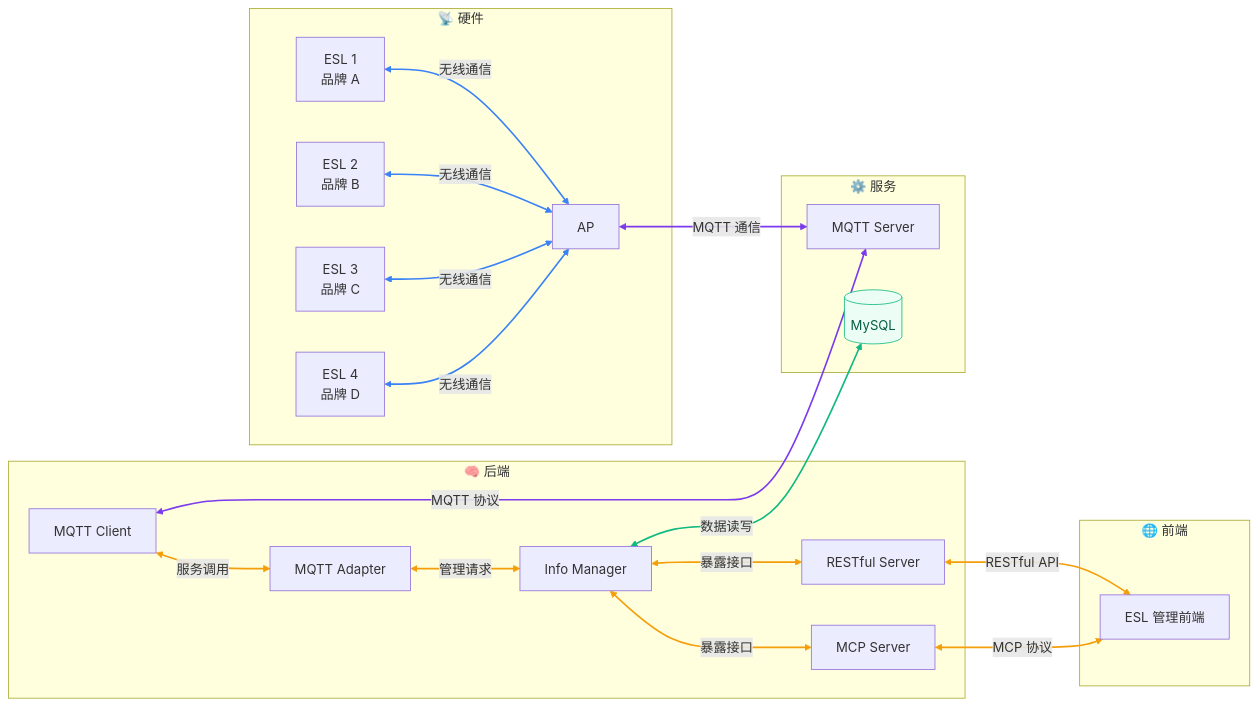
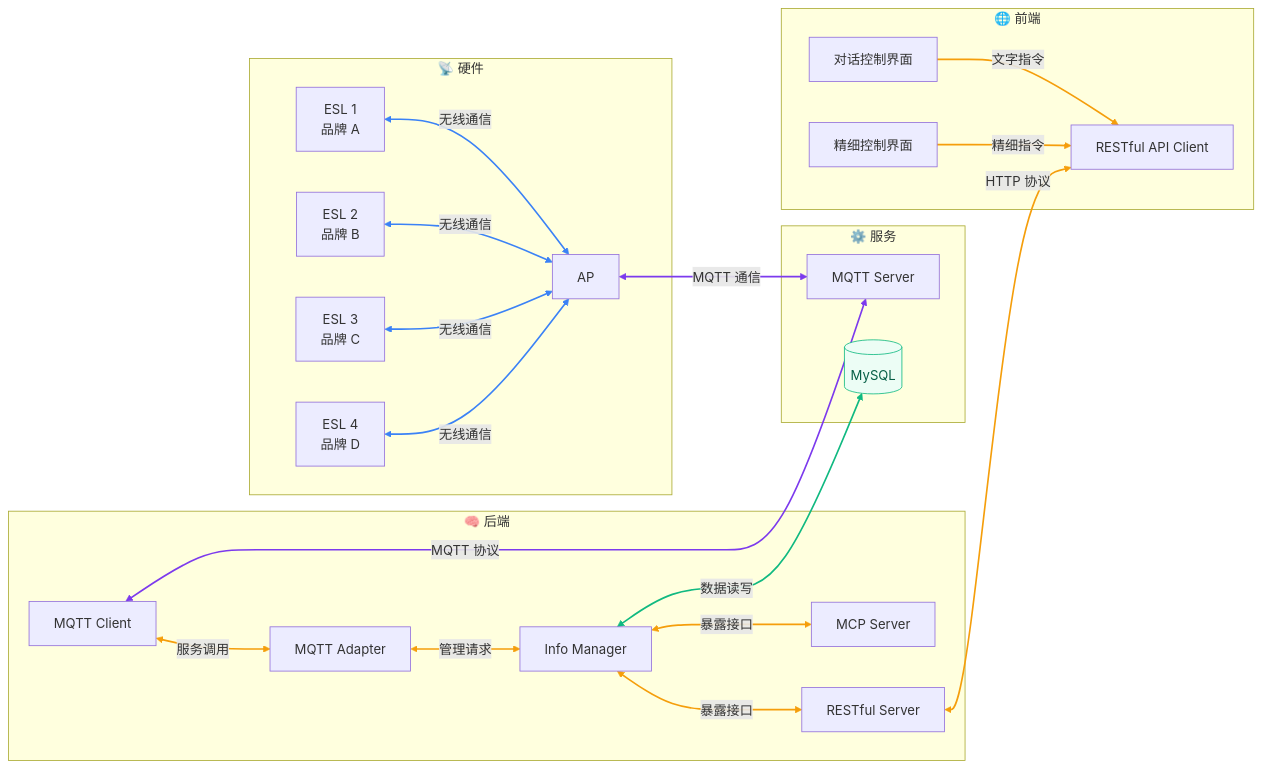
One commit to MQTT-ESL-Dev/.github changed the diagram in profile/README.md. Above: the diagram before and after it, drawn with Mermaid.

Commit message:
refactor(🏗️ Structure): split frontend architecture

````diff
--- a/profile/README.md
+++ b/profile/README.md
@@ -9,42 +9,45 @@
 ```mermaid
 flowchart LR
 	subgraph Hardware["📡 硬件"]
 		ESL1["ESL 1<br/>品牌 A"] <-->|无线通信| AP[AP]
 		ESL2["ESL 2<br/>品牌 B"] <-->|无线通信| AP
 		ESL3["ESL 3<br/>品牌 C"] <-->|无线通信| AP
 		ESL4["ESL 4<br/>品牌 D"] <-->|无线通信| AP
 	end
 	subgraph Backend["🧠 后端"]
 		Client[MQTT Client]
 		Adapter[MQTT Adapter]
 		Manager[Info Manager]
 		MCP[MCP Server]
 		NormalServer["RESTful Server"]
 		Client <-->|服务调用| Adapter
 		Adapter <-->|管理请求| Manager
 		Manager <-->|暴露接口| MCP
 		Manager <-->|暴露接口| NormalServer
 	end
 	subgraph Service["⚙️ 服务"]
 		MQTT[MQTT Server]
 		MySQL[(MySQL)]
 	end
 	Client <-->|MQTT 协议| MQTT
 	AP <-->|MQTT 通信| MQTT
+	Manager <-->|数据读写| MySQL
 	subgraph FrontendSystem["🌐 前端"]
-		Frontend[ESL 管理前端]
+		ChatUI["对话控制界面"]
+		DashboardUI["精细控制界面"]
+		RestClient[RESTful API Client]
+		ChatUI -->|文字指令| RestClient
+		DashboardUI -->|精细指令| RestClient
 	end
-	NormalServer <-->|RESTful API| Frontend
-	MCP <-->|MCP 协议| Frontend
-	Manager <-->|数据读写| MySQL
+	NormalServer <-->|HTTP 协议| RestClient
 
 	classDef blue fill:#EFF6FF,stroke:#3B82F6,color:#1E3A8A;
 	classDef purple fill:#F3E8FF,stroke:#7C3AED,color:#4C1D95;
 	classDef orange fill:#FFF7ED,stroke:#F59E0B,color:#92400E;
 	classDef green fill:#ECFDF5,stroke:#10B981,color:#065F46;
 	class MySQL green;
 	linkStyle 0,1,2,3 stroke:#3B82F6,stroke-width:2px;
 	linkStyle 8,9 stroke:#7C3AED,stroke-width:2px;
-	linkStyle 4,5,6,7,10,11 stroke:#F59E0B,stroke-width:2px;
-	linkStyle 12 stroke:#10B981,stroke-width:2px;
+	linkStyle 4,5,6,7,11,12,13 stroke:#F59E0B,stroke-width:2px;
+	linkStyle 10 stroke:#10B981,stroke-width:2px;
 ```
````
